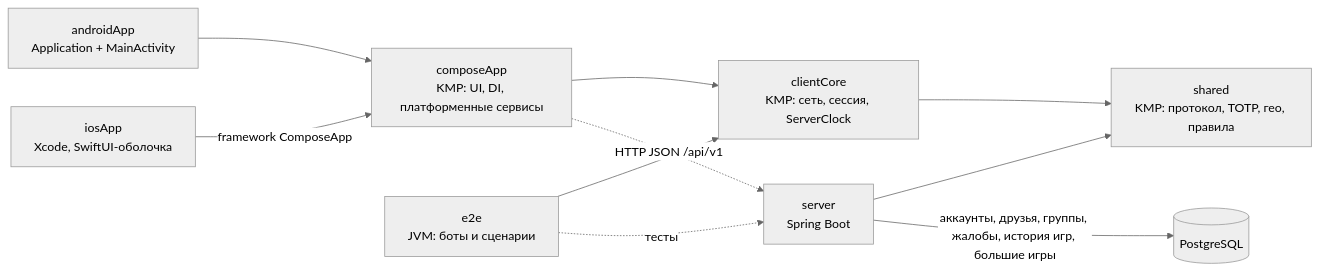
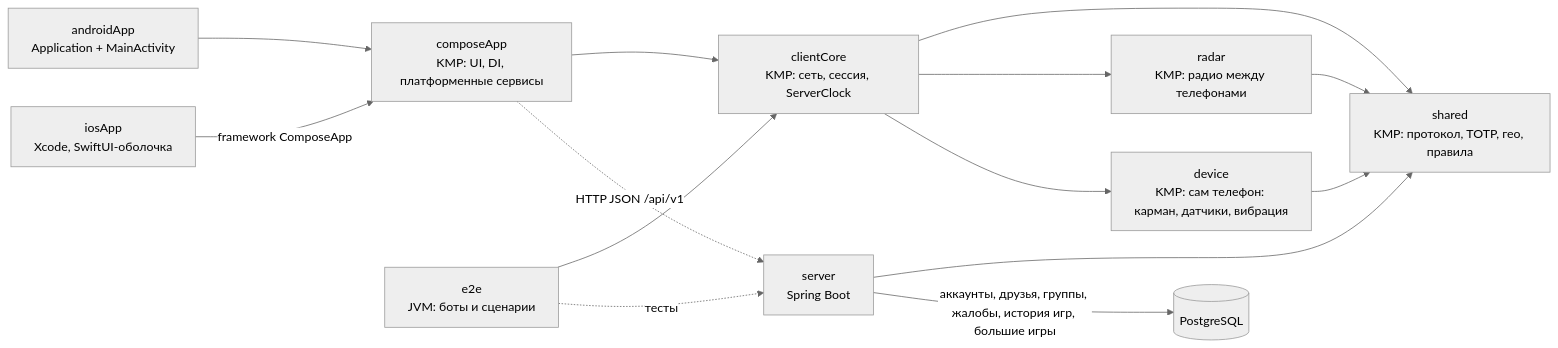
The first of 6 diagrams in docs/architecture.md (denysbohusevych/hovanki), drawn with Mermaid (neutral theme) before and after one commit. The commit also changed other lines of this file and 99 other files, not shown here.

````diff
--- a/docs/architecture.md
+++ b/docs/architecture.md
@@ -7,13 +7,17 @@
 ```mermaid
 flowchart LR
     androidApp["androidApp<br/>Application + MainActivity"] --> composeApp
     iosApp["iosApp<br/>Xcode, SwiftUI-оболочка"] -->|"framework ComposeApp"| composeApp
     composeApp["composeApp<br/>KMP: UI, DI, платформенные сервисы"] --> clientCore
     clientCore["clientCore<br/>KMP: сеть, сессия, ServerClock"] --> shared
+    clientCore --> radar["radar<br/>KMP: радио между телефонами"]
+    clientCore --> device["device<br/>KMP: сам телефон: карман, датчики, вибрация"]
+    radar --> shared
+    device --> shared
     server["server<br/>Spring Boot"] --> shared
     server -->|"аккаунты, друзья, группы, жалобы, история игр, большие игры"| db[("PostgreSQL")]
     e2e["e2e<br/>JVM: боты и сценарии"] --> clientCore
     e2e -.->|"тесты"| server
     shared["shared<br/>KMP: протокол, TOTP, гео, правила"]
     composeApp -.->|"HTTP JSON /api/v1"| server
 ```
````
